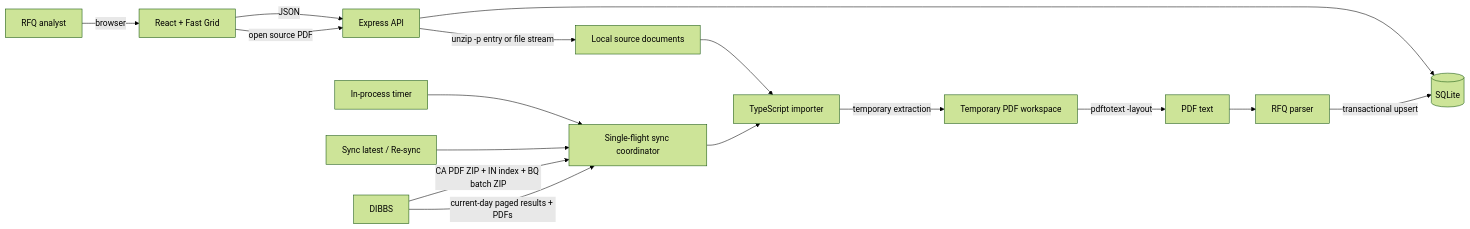
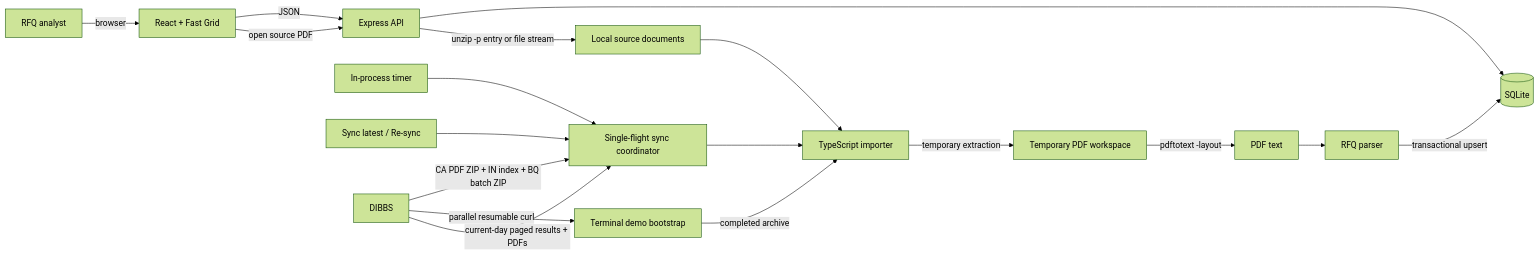
One commit to evanreilly/salespatriot changed the first of 3 diagrams in docs/ARCHITECTURE.md. Above: the diagram before and after it, drawn with Mermaid (forest theme). The commit also changed other lines of this file and 6 other files, not shown here.

Commit message:
Add fast terminal data bootstrap

````diff
--- a/docs/ARCHITECTURE.md
+++ b/docs/ARCHITECTURE.md
@@ -20,19 +20,21 @@
 ```mermaid
 flowchart LR
     User[RFQ analyst] -->|browser| UI[React + Fast Grid]
     UI -->|JSON| API[Express API]
     API --> DB[(SQLite)]
     UI -->|open source PDF| API
     API -->|unzip -p entry or file stream| Docs[Local source documents]
 
     Timer[In-process timer] --> Coordinator[Single-flight sync coordinator]
     Buttons[Sync latest / Re-sync] --> Coordinator
+    Bootstrap[Terminal demo bootstrap] -->|completed archive| Importer
     DIBBS[DIBBS] -->|CA PDF ZIP + IN index + BQ batch ZIP| Coordinator
+    DIBBS -->|parallel resumable curl| Bootstrap
     DIBBS -->|current-day paged results + PDFs| Coordinator
     Coordinator --> Importer[TypeScript importer]
     Docs --> Importer
     Importer -->|temporary extraction| Temp[Temporary PDF workspace]
     Temp -->|pdftotext -layout| Text[PDF text]
     Text --> Parser[RFQ parser]
     Parser -->|transactional upsert| DB
 ```
````
